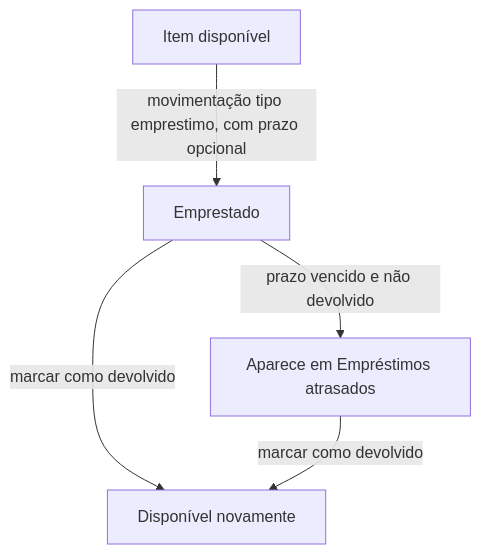
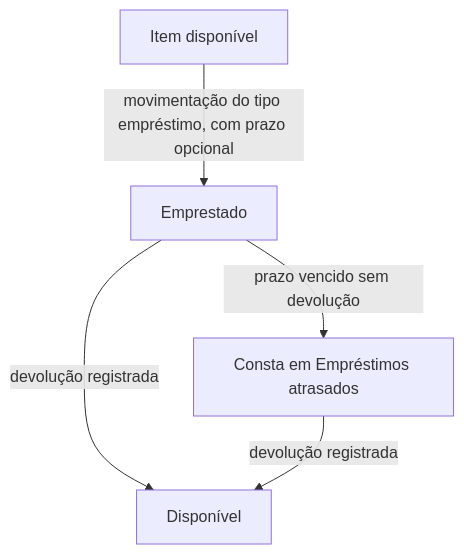
One commit to bebberjoao/RoosterOneBackend changed the sixth of 10 diagrams in docs/system/05-fluxos-do-sistema.md. Above: the diagram before and after it, drawn with Mermaid. The commit also changed other lines of this file and 5 other files, not shown here.

````diff
--- a/docs/system/05-fluxos-do-sistema.md
+++ b/docs/system/05-fluxos-do-sistema.md
@@ -76,7 +104,7 @@
 ```mermaid
 flowchart TD
-    A[Item disponível] -->|movimentação tipo emprestimo, com prazo opcional| B[Emprestado]
-    B -->|prazo vencido e não devolvido| C[Aparece em Empréstimos atrasados]
-    B -->|marcar como devolvido| D[Disponível novamente]
-    C -->|marcar como devolvido| D
+    A[Item disponível] -->|movimentação do tipo empréstimo, com prazo opcional| B[Emprestado]
+    B -->|prazo vencido sem devolução| C[Consta em Empréstimos atrasados]
+    B -->|devolução registrada| D[Disponível]
+    C -->|devolução registrada| D
 ```
````
